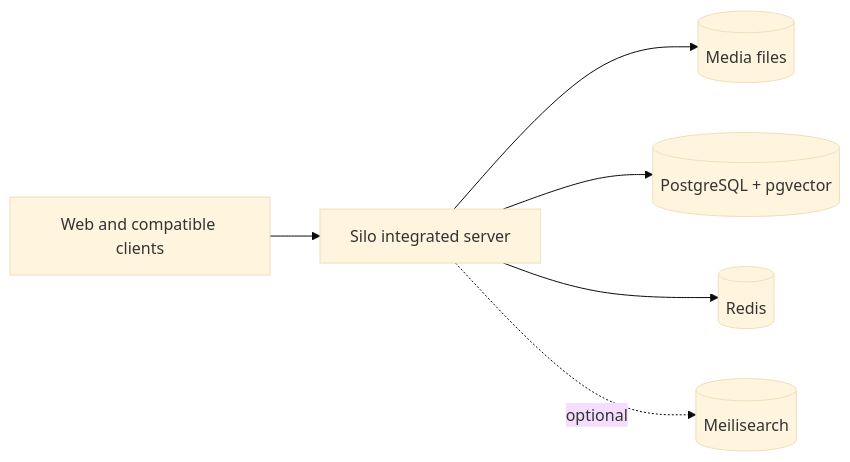
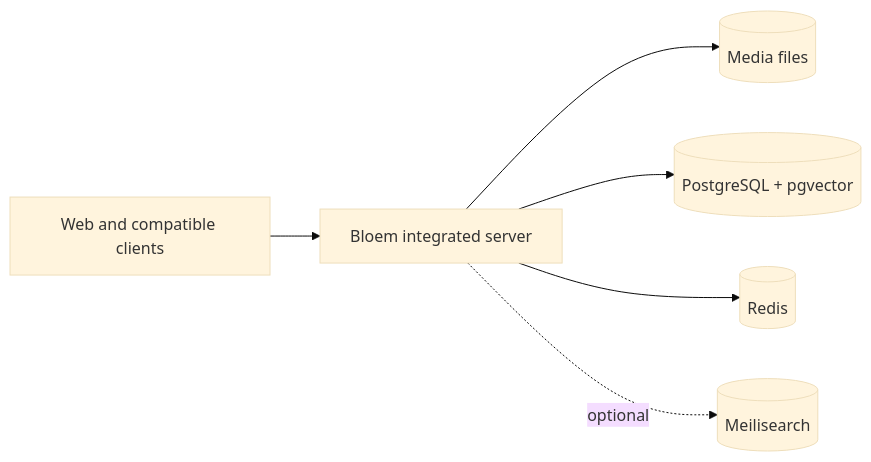
One commit to Bloem-Studios/bloem-server changed the diagram in docs/wiki/deployment/docker.md. Above: the diagram before and after it, drawn with Mermaid (base theme). The commit also changed other lines of this file and 13 other files, not shown here.

````diff
--- a/docs/wiki/deployment/docker.md
+++ b/docs/wiki/deployment/docker.md
@@ -32,8 +32,8 @@
 ```mermaid
 flowchart LR
-    Clients[Web and compatible clients] --> Silo[Silo integrated server]
-    Silo --> Media[(Media files)]
-    Silo --> PostgreSQL[(PostgreSQL + pgvector)]
-    Silo --> Redis[(Redis)]
-    Silo -. optional .-> Search[(Meilisearch)]
+    Clients[Web and compatible clients] --> Bloem[Bloem integrated server]
+    Bloem --> Media[(Media files)]
+    Bloem --> PostgreSQL[(PostgreSQL + pgvector)]
+    Bloem --> Redis[(Redis)]
+    Bloem -. optional .-> Search[(Meilisearch)]
 ```
````
